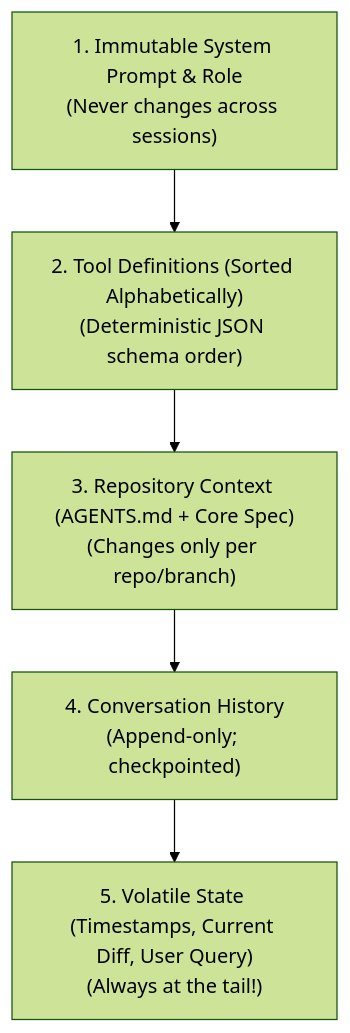
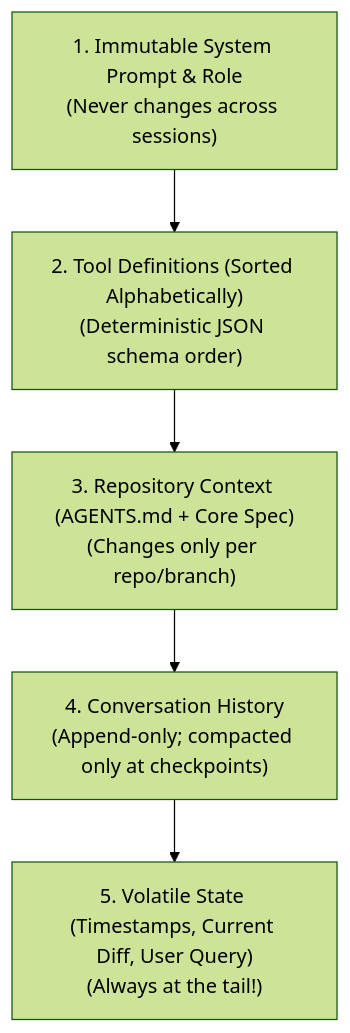
One commit to Amie-dev/FDE-and-GenAI-Mastery changed the second of 2 diagrams in Lecture 08 - Model Routing and Harness Velocity/notes/03_Prompt_Prefix_Caching_and_Cost_Engineering.md. Above: the diagram before and after it, drawn with Mermaid (forest theme). The commit also changed other lines of this file and 92 other files, not shown here.

````diff
--- a/Lecture 08 - Model Routing and Harness Velocity/notes/03_Prompt_Prefix_Caching_and_Cost_Engineering.md
+++ b/Lecture 08 - Model Routing and Harness Velocity/notes/03_Prompt_Prefix_Caching_and_Cost_Engineering.md
@@ -50,7 +54,7 @@
 ```mermaid
 flowchart TB
     L1["1. Immutable System Prompt & Role<br/>(Never changes across sessions)"] --> L2["2. Tool Definitions (Sorted Alphabetically)<br/>(Deterministic JSON schema order)"]
     L2 --> L3["3. Repository Context (AGENTS.md + Core Spec)<br/>(Changes only per repo/branch)"]
-    L3 --> L4["4. Conversation History<br/>(Append-only; checkpointed)"]
+    L3 --> L4["4. Conversation History<br/>(Append-only; compacted only at checkpoints)"]
     L4 --> L5["5. Volatile State (Timestamps, Current Diff, User Query)<br/>(Always at the tail!)"]
 ```
````
